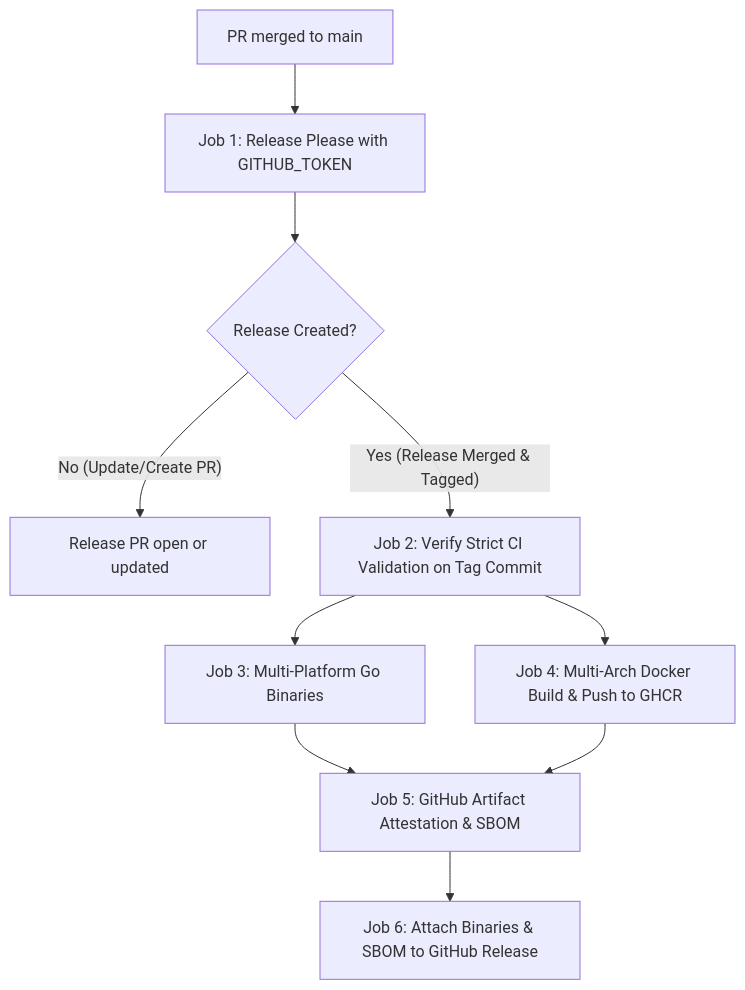
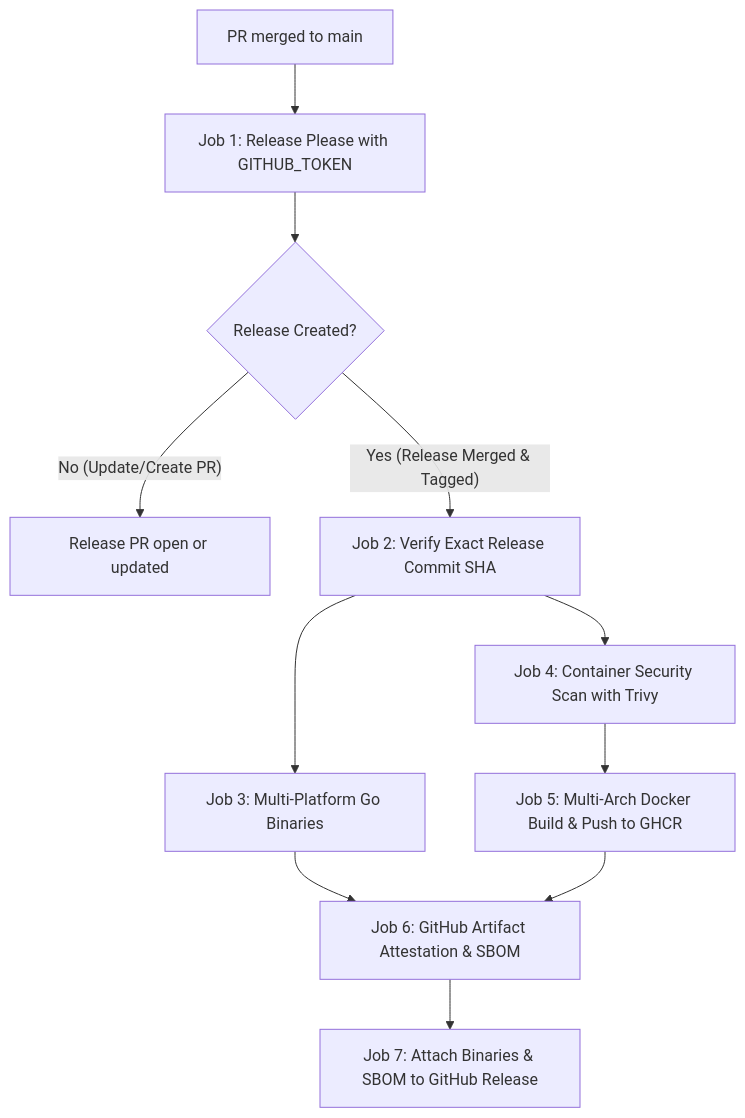
One commit to Diaszano/election-bot changed the diagram in docs/superpowers/specs/2026-10-11-ci-cd-release-pipeline-design.md. Above: the diagram before and after it, drawn with Mermaid. The commit also changed other lines of this file, not shown here.

Commit message:
docs(spec): incorporate approved refinements for CI/CD and release pipeline

````diff
--- a/docs/superpowers/specs/2026-10-11-ci-cd-release-pipeline-design.md
+++ b/docs/superpowers/specs/2026-10-11-ci-cd-release-pipeline-design.md
@@ -132,12 +144,13 @@
 ```mermaid
 flowchart TD
     Merge[PR merged to main] --> RP[Job 1: Release Please with GITHUB_TOKEN]
     RP --> CheckRelease{Release Created?}
     CheckRelease -- No (Update/Create PR) --> End[Release PR open or updated]
-    CheckRelease -- Yes (Release Merged & Tagged) --> Verify[Job 2: Verify Strict CI Validation on Tag Commit]
+    CheckRelease -- Yes (Release Merged & Tagged) --> Verify[Job 2: Verify Exact Release Commit SHA]
     Verify --> BuildBinaries[Job 3: Multi-Platform Go Binaries]
-    Verify --> BuildDocker[Job 4: Multi-Arch Docker Build & Push to GHCR]
-    BuildBinaries --> Attest[Job 5: GitHub Artifact Attestation & SBOM]
+    Verify --> ScanTrivy[Job 4: Container Security Scan with Trivy]
+    ScanTrivy --> BuildDocker[Job 5: Multi-Arch Docker Build & Push to GHCR]
+    BuildBinaries --> Attest[Job 6: GitHub Artifact Attestation & SBOM]
     BuildDocker --> Attest
-    Attest --> PublishAssets[Job 6: Attach Binaries & SBOM to GitHub Release]
+    Attest --> PublishAssets[Job 7: Attach Binaries & SBOM to GitHub Release]
 ```
````
